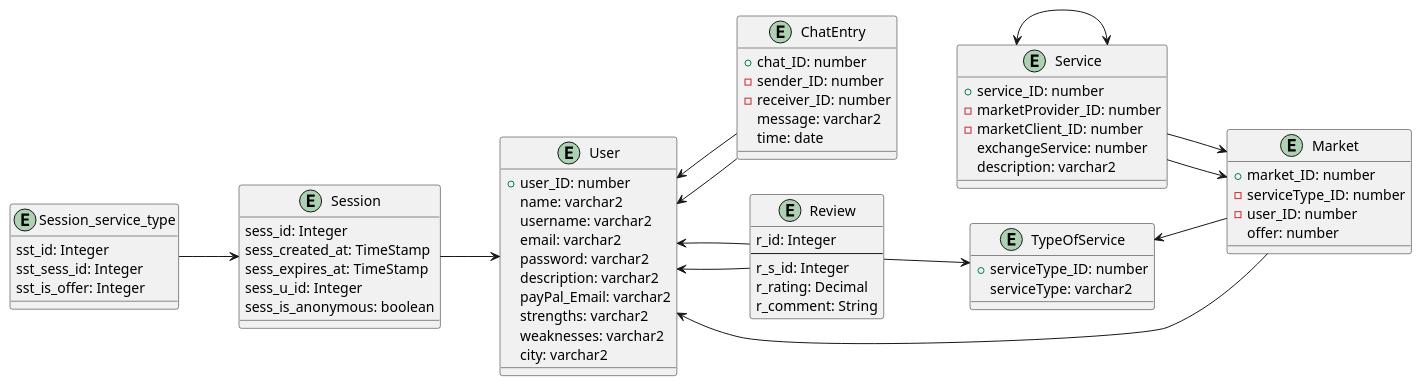
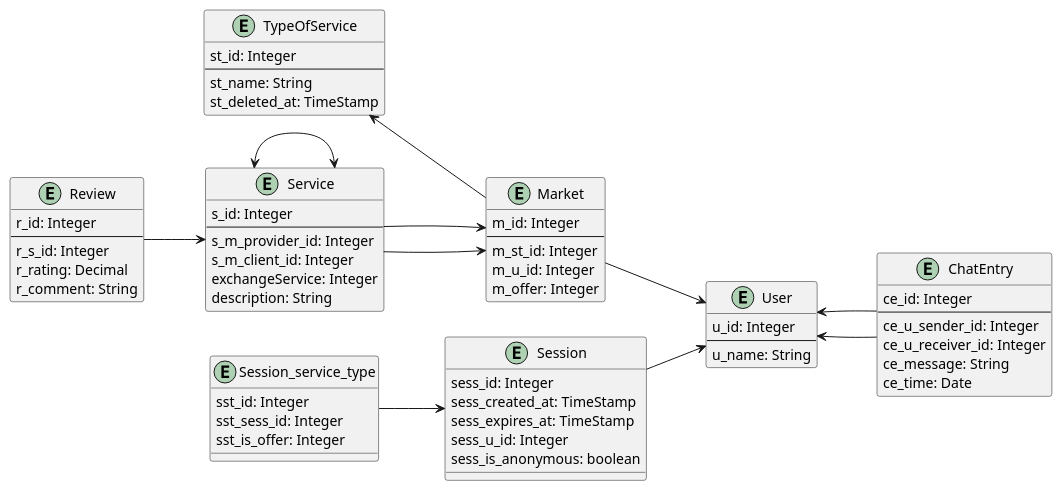
The third of 3 diagrams in documenation/Project_Description.adoc (2425-4chif-syp/01-projekte-d4d), drawn with PlantUML before and after one commit. The commit also changed other lines of this file, not shown here.

Commit message:
docs: correcting rebase erd

```diff
--- a/documenation/Project_Description.adoc
+++ b/documenation/Project_Description.adoc
@@ -131,82 +130,78 @@
 ["plantuml"]
 ----
 @startuml
 left to right direction
 
 entity "User" as User {
-+user_ID: number
-name: varchar2
-username: varchar2
-email: varchar2
-password: varchar2
-description: varchar2
-payPal_Email: varchar2
-strengths: varchar2
-weaknesses: varchar2
-city: varchar2
+u_id: Integer
+--
+u_name: String
 }
 
 entity "TypeOfService" as TypeOfService {
-+serviceType_ID: number
-serviceType: varchar2
+st_id: Integer
+--
+st_name: String
+st_deleted_at: TimeStamp
 }
 
 entity "Service" as Service {
-+service_ID: number
--marketProvider_ID: number
--marketClient_ID: number
-exchangeService: number
-description: varchar2
+s_id: Integer
+--
+s_m_provider_id: Integer
+s_m_client_id: Integer
+exchangeService: Integer
+description: String
 }
 
 entity "Market" as Market {
-+market_ID: number
--serviceType_ID: number
--user_ID: number
-offer: number
+m_id: Integer
+--
+m_st_id: Integer
+m_u_id: Integer
+m_offer: Integer
 }
 
 entity "ChatEntry" as ChatEntry {
-+chat_ID: number
--sender_ID: number
--receiver_ID: number
-message: varchar2
-time: date
+ce_id: Integer
+--
+ce_u_sender_id: Integer
+ce_u_receiver_id: Integer
+ce_message: String
+ce_time: Date
 }
 
 entity "Review" as Review {
 r_id: Integer
 --
 r_s_id: Integer
 r_rating: Decimal
 r_comment: String
 }
 
 entity "Session_service_type" as Session_service_type {
 sst_id: Integer
 sst_sess_id: Integer
 sst_is_offer: Integer
 }
 
 entity "Session" as Session {
 sess_id: Integer
 sess_created_at: TimeStamp
 sess_expires_at: TimeStamp
 sess_u_id: Integer
 sess_is_anonymous: boolean
 }
 
 User <-- ChatEntry
-User <-- Review
-User <-- Review
-Review --> TypeOfService
+Review --> Service
 ChatEntry --> User
 TypeOfService <-- Market
 Service --> Market
 Service --> Market
 Service <--> Service
 Market --> User
 Session_service_type --> Session
 Session --> User
 @enduml
 ----
```
